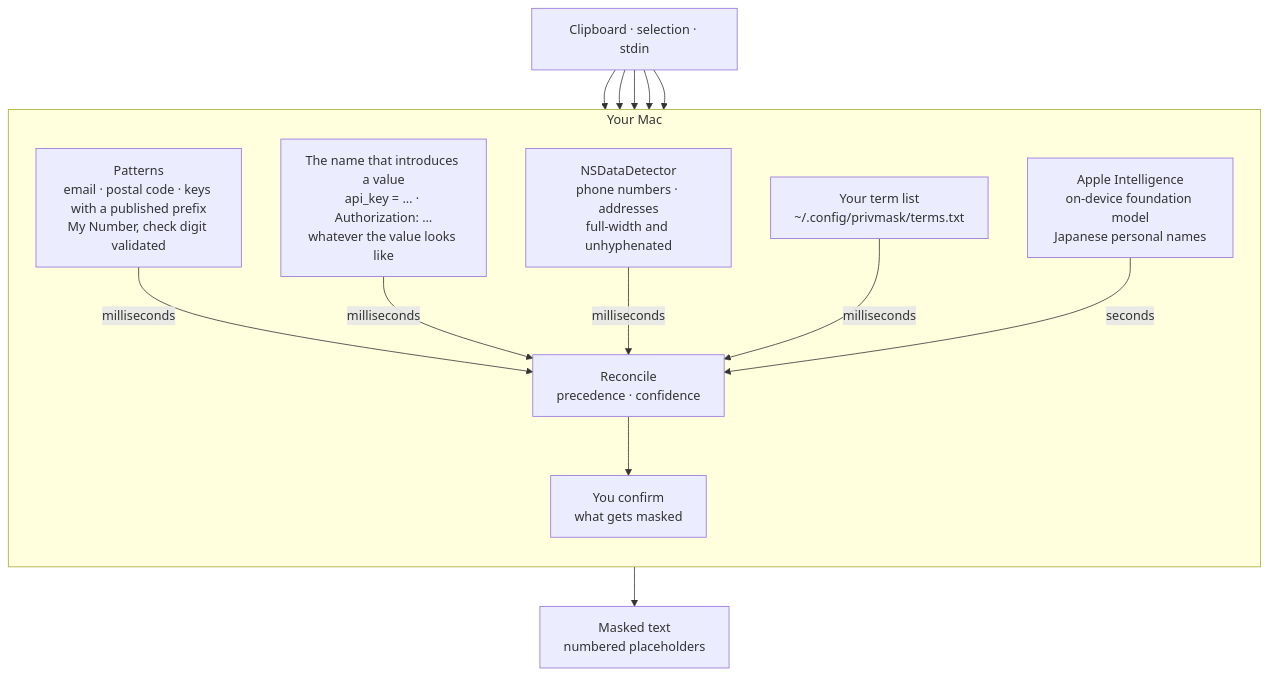
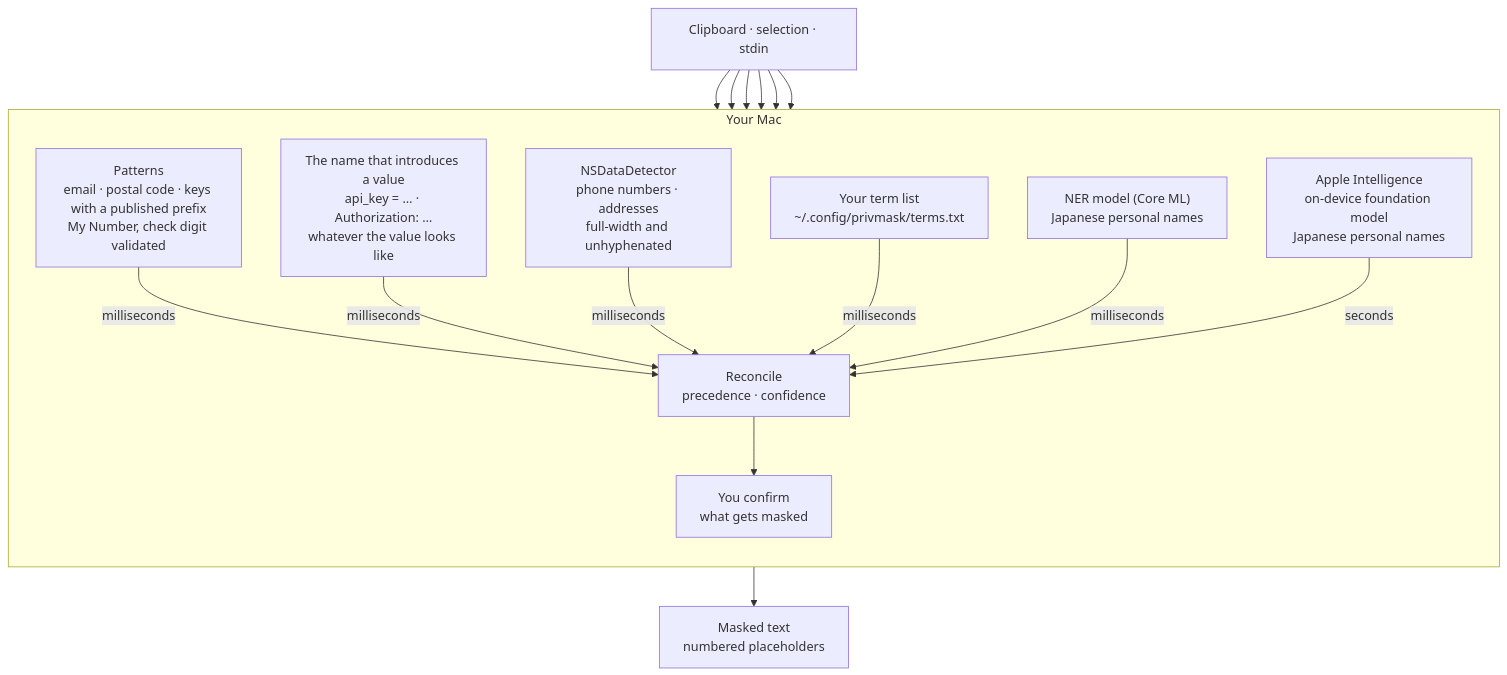
Before and after one commit to snaka/privmask: the diagram in README.md, drawn with Mermaid. The commit also changed other lines of this file and 5 other files, not shown here.

Commit message:
Find Japanese names with the NER model by default; --no-ner turns it off

````diff
--- a/README.md
+++ b/README.md
@@ -199,32 +202,35 @@
 ```mermaid
 flowchart TB
     in["Clipboard · selection · stdin"]
 
     subgraph mac["Your Mac"]
         direction TB
         pat["Patterns<br/>email · postal code · keys with a published prefix<br/>My Number, check digit validated"]
         named["The name that introduces a value<br/>api_key = … · Authorization: …<br/>whatever the value looks like"]
         dd["NSDataDetector<br/>phone numbers · addresses<br/>full-width and unhyphenated"]
         terms["Your term list<br/>~/.config/privmask/terms.txt"]
+        ner["NER model (Core ML)<br/>Japanese personal names"]
         fm["Apple Intelligence<br/>on-device foundation model<br/>Japanese personal names"]
         merge["Reconcile<br/>precedence · confidence"]
         you["You confirm<br/>what gets masked"]
     end
 
     out["Masked text<br/>numbered placeholders"]
 
     in --> pat
     in --> named
     in --> dd
     in --> terms
+    in --> ner
     in --> fm
 
     pat -->|milliseconds| merge
     named -->|milliseconds| merge
     dd -->|milliseconds| merge
     terms -->|milliseconds| merge
+    ner -->|milliseconds| merge
     fm -->|seconds| merge
 
     merge --> you
     you --> out
 ```
````
